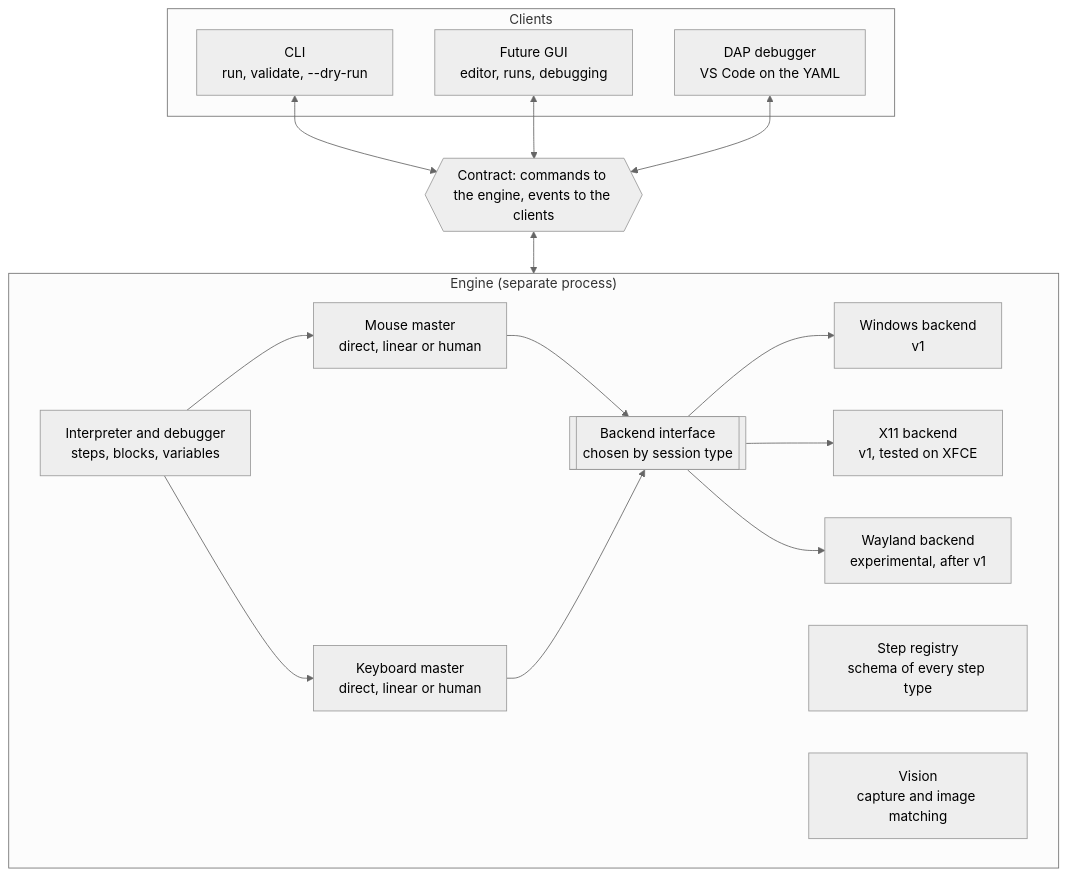
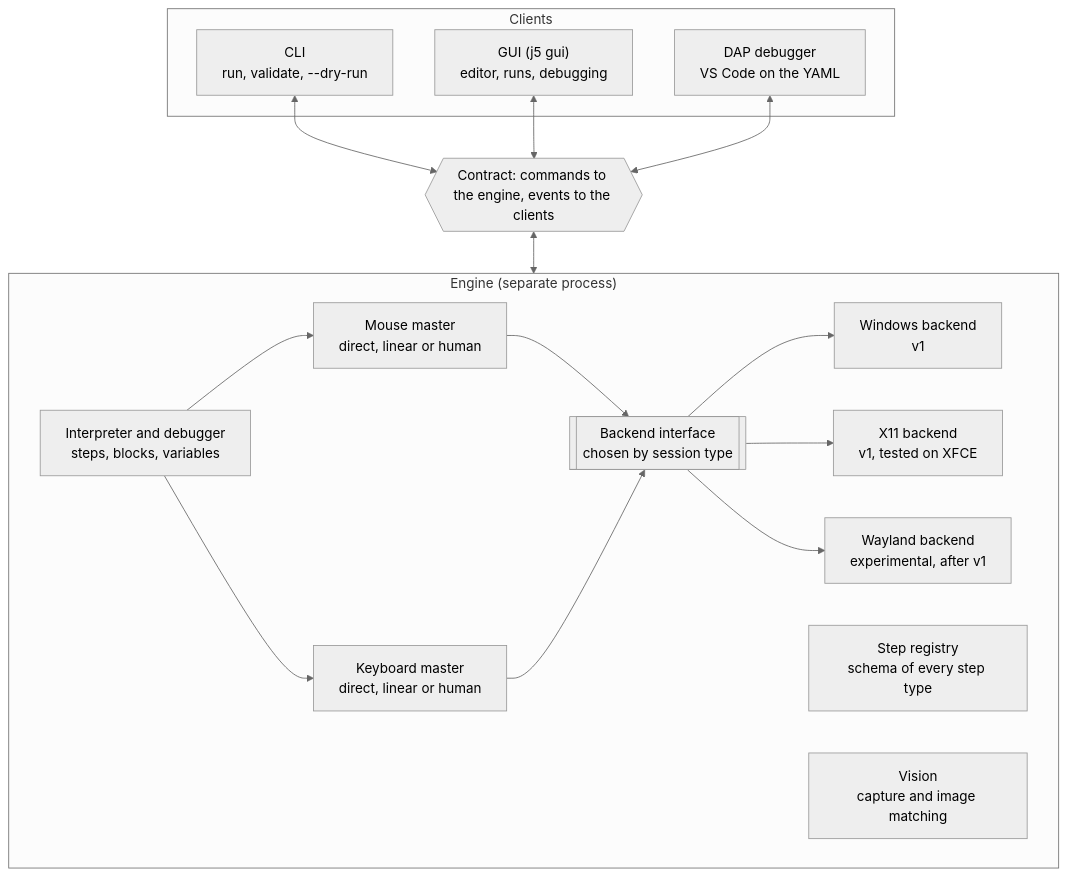
The first of 2 diagrams in docs/contract.md (esgabo/j5-macro), drawn with Mermaid (neutral theme) before and after one commit. The commit also changed other lines of this file and 102 other files, not shown here.

````diff
--- a/docs/contract.md
+++ b/docs/contract.md
@@ -21,31 +21,31 @@
 ```mermaid
 flowchart TB
   subgraph Clients
     CLI["CLI<br/>run, validate, --dry-run"]
-    GUI["Future GUI<br/>editor, runs, debugging"]
+    GUI["GUI (j5 gui)<br/>editor, runs, debugging"]
     DAP["DAP debugger<br/>VS Code on the YAML"]
   end
   C{{"Contract: commands to the engine, events to the clients"}}
   CLI <--> C
   GUI <--> C
   DAP <--> C
   subgraph Engine["Engine (separate process)"]
     I["Interpreter and debugger<br/>steps, blocks, variables"]
     R["Step registry<br/>schema of every step type"]
     V["Vision<br/>capture and image matching"]
     M["Mouse master<br/>direct, linear or human"]
     K["Keyboard master<br/>direct, linear or human"]
     B[["Backend interface<br/>chosen by session type"]]
     BW["Windows backend<br/>v1"]
     BX["X11 backend<br/>v1, tested on XFCE"]
     BL["Wayland backend<br/>experimental, after v1"]
     I --> M
     I --> K
     M --> B
     K --> B
     B --> BW
     B --> BX
     B --> BL
   end
   C <--> Engine
 ```
````
